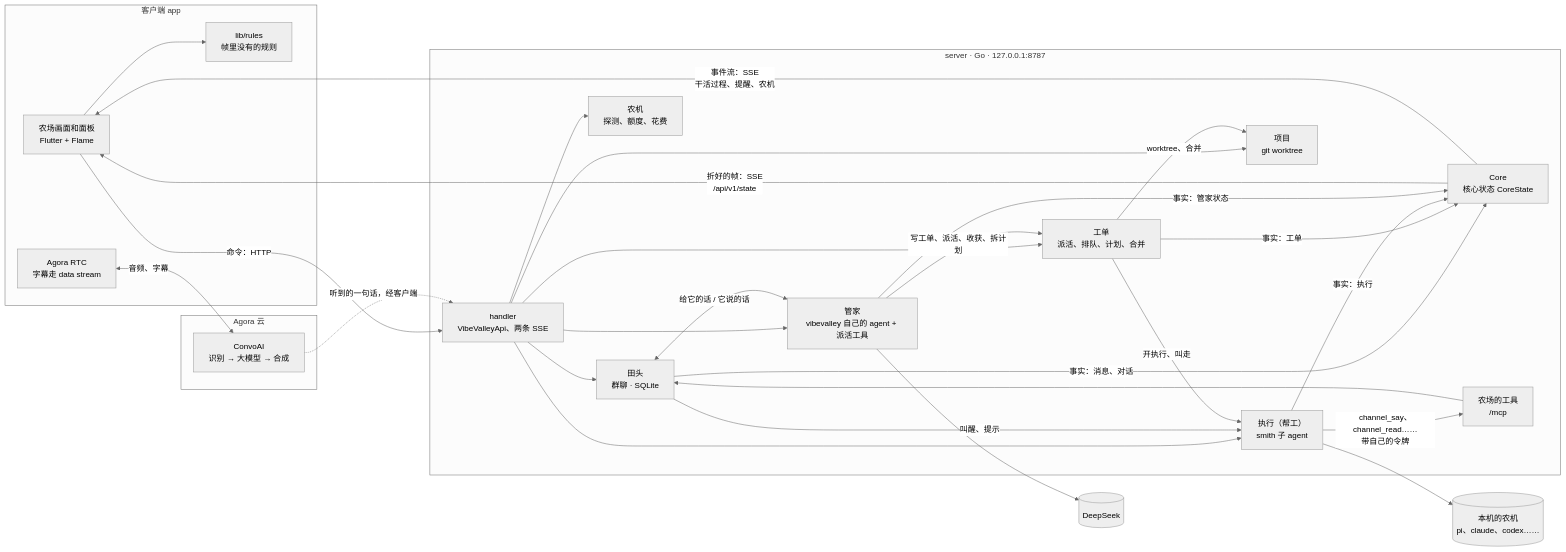
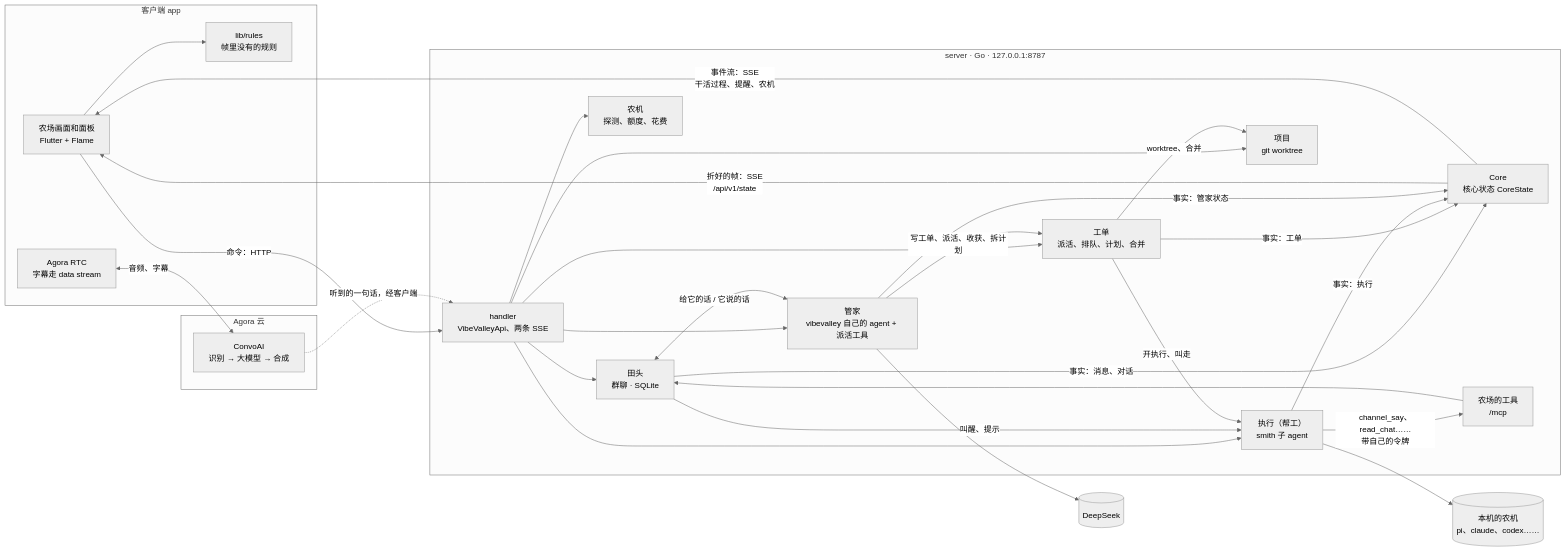
One commit to vibevalleyhq/vibevalley changed the diagram in docs/architecture.md. Above: the diagram before and after it, drawn with Mermaid (neutral theme). The commit also changed other lines of this file and 585 other files, not shown here.

First line of the commit message:
Tasks are DAGs: the farm's task graph, the agent's own task graph, one module

````diff
--- a/docs/architecture.md
+++ b/docs/architecture.md
@@ -5,48 +5,48 @@
 ```mermaid
 flowchart LR
   subgraph Client[客户端 app]
     UI[农场画面和面板<br/>Flutter + Flame]
     RULES[lib/rules<br/>帧里没有的规则]
     RTC[Agora RTC<br/>字幕走 data stream]
   end
 
   subgraph Server[server · Go · 127.0.0.1:8787]
     API[handler<br/>VibeValleyApi、两条 SSE]
     SITE[Core<br/>核心状态 CoreState]
     FM[管家<br/>vibevalley 自己的 agent + 派活工具]
     CHAT[田头<br/>群聊 · SQLite]
     MCP[农场的工具<br/>/mcp]
     TK[工单<br/>派活、排队、计划、合并]
     CREW[执行（帮工）<br/>smith 子 agent]
     PRJ[项目<br/>git worktree]
     RT[农机<br/>探测、额度、花费]
   end
 
   subgraph Agora[Agora 云]
     CAI[ConvoAI<br/>识别 → 大模型 → 合成]
   end
 
   AGENTS[(本机的农机<br/>pi、claude、codex……)]
   DS[(DeepSeek)]
 
   UI --> RULES
   UI -->|命令：HTTP| API
   SITE -->|折好的帧：SSE<br/>/api/v1/state| UI
   SITE -->|事件流：SSE<br/>干活过程、提醒、农机| UI
   API --> CHAT & FM & TK & CREW & PRJ & RT
   CHAT <-->|给它的话 / 它说的话| FM
   CHAT -->|叫醒、提示| CREW
-  CREW -->|channel_say、channel_read……<br/>带自己的令牌| MCP
+  CREW -->|channel_say、read_chat……<br/>带自己的令牌| MCP
   MCP --> CHAT
   FM -->|写工单、派活、收获、拆计划| TK
   TK -->|开执行、叫走| CREW
   TK -->|worktree、合并| PRJ
   CREW --> AGENTS
   FM --> DS
   CHAT -->|事实：消息、对话| SITE
   TK -->|事实：工单| SITE
   CREW -->|事实：执行| SITE
   FM -->|事实：管家状态| SITE
   RTC <-->|音频、字幕| CAI
   CAI -.->|听到的一句话，经客户端| API
 ```
````
